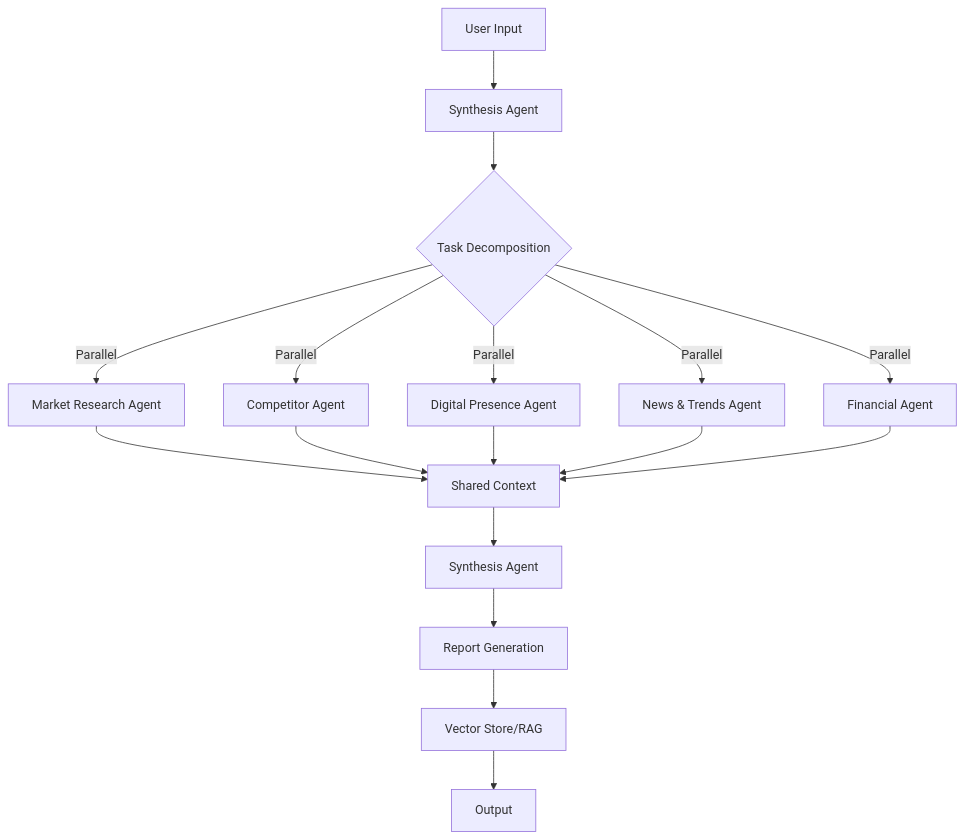
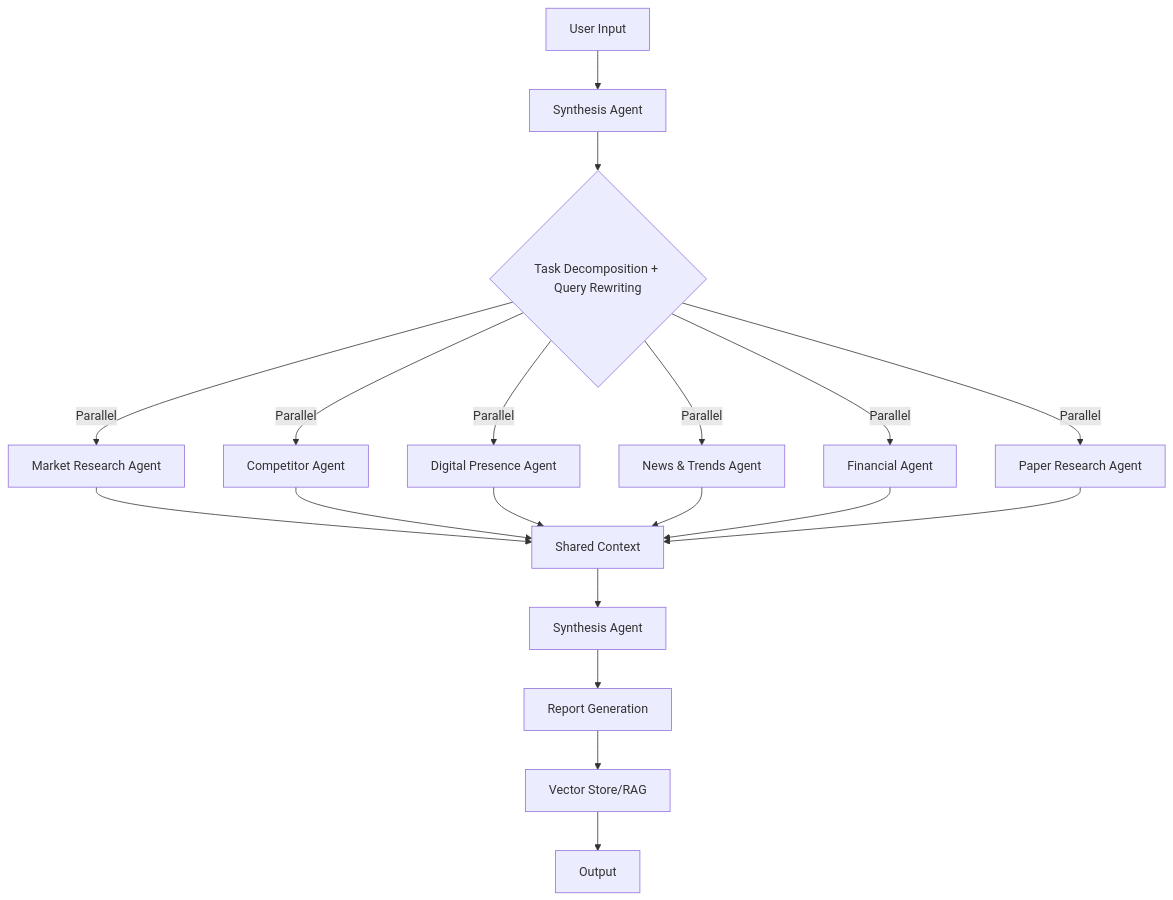
One commit to GuiiCorreia/Bootcamp_Akcit changed the first of 6 diagrams in README.md. Above: the diagram before and after it, drawn with Mermaid. The commit also changed other lines of this file, not shown here.

Commit message:
add new paper_research_agent and gemini-2.5-flash-lite model

````diff
--- a/README.md
+++ b/README.md
@@ -25,22 +27,24 @@
 ```mermaid
 graph TD
     A[User Input] --> B[Synthesis Agent]
-    B --> C{Task Decomposition}
+    B --> C{Task Decomposition + Query Rewriting}
     
     C -->|Parallel| D[Market Research Agent]
     C -->|Parallel| E[Competitor Agent]
     C -->|Parallel| F[Digital Presence Agent]
     C -->|Parallel| G[News & Trends Agent]
     C -->|Parallel| H[Financial Agent]
+    C -->|Parallel| I[Paper Research Agent]
     
-    D --> I[Shared Context]
-    E --> I
-    F --> I
-    G --> I
-    H --> I
+    D --> J[Shared Context]
+    E --> J
+    F --> J
+    G --> J
+    H --> J
+    I --> J
     
-    I --> J[Synthesis Agent]
-    J --> K[Report Generation]
-    K --> L[Vector Store/RAG]
-    L --> M[Output]
+    J --> K[Synthesis Agent]
+    K --> L[Report Generation]
+    L --> M[Vector Store/RAG]
+    M --> N[Output]
 ```
````
